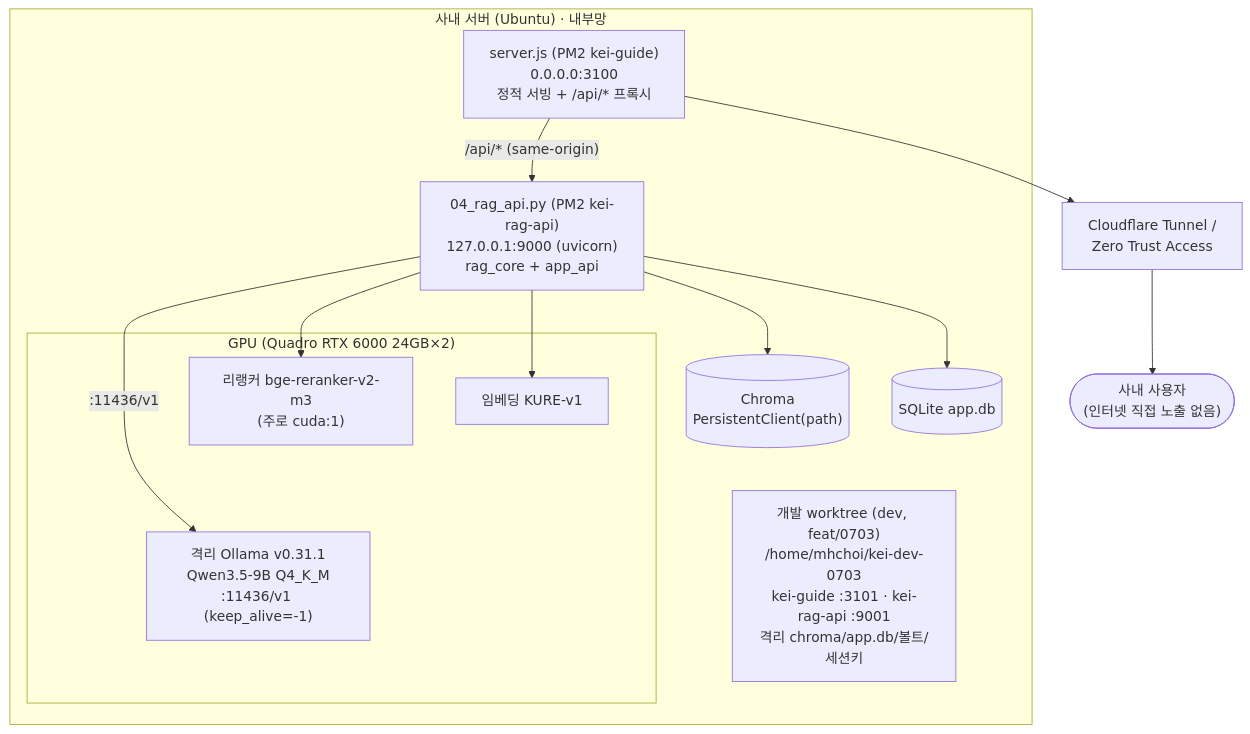
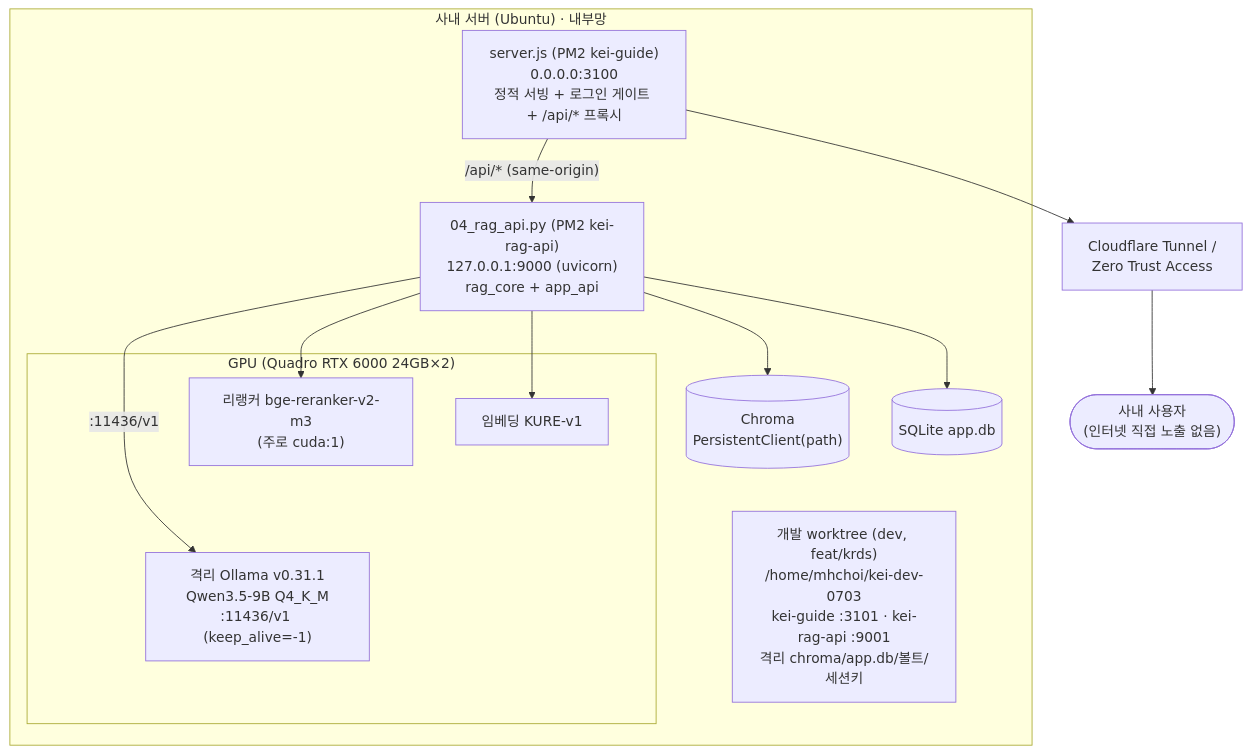
The fourth of 4 diagrams in docs/02-architecture.md (mooner92/KEIAdminSuperv), drawn with Mermaid before and after one commit. The commit also changed other lines of this file and 13 other files, not shown here.

````diff
--- a/docs/02-architecture.md
+++ b/docs/02-architecture.md
@@ -201,27 +201,27 @@
 ```mermaid
 flowchart TB
     subgraph HOST["사내 서버 (Ubuntu) · 내부망"]
         subgraph GPU["GPU (Quadro RTX 6000 24GB×2)"]
             OLLAMA["격리 Ollama v0.31.1<br/>Qwen3.5-9B Q4_K_M<br/>:11436/v1 (keep_alive=-1)"]
             EMB["임베딩 KURE-v1"]
             RERANK["리랭커 bge-reranker-v2-m3<br/>(주로 cuda:1)"]
         end
-        SERVER["server.js (PM2 kei-guide)<br/>0.0.0.0:3100<br/>정적 서빙 + /api/* 프록시"]
+        SERVER["server.js (PM2 kei-guide)<br/>0.0.0.0:3100<br/>정적 서빙 + 로그인 게이트 + /api/* 프록시"]
         RAG["04_rag_api.py (PM2 kei-rag-api)<br/>127.0.0.1:9000 (uvicorn)<br/>rag_core + app_api"]
         CHR[("Chroma<br/>PersistentClient(path)")]
         DB[("SQLite app.db")]
-        DEV["개발 worktree (dev, feat/0703)<br/>/home/mhchoi/kei-dev-0703<br/>kei-guide :3101 · kei-rag-api :9001<br/>격리 chroma/app.db/볼트/세션키"]
+        DEV["개발 worktree (dev, feat/krds)<br/>/home/mhchoi/kei-dev-0703<br/>kei-guide :3101 · kei-rag-api :9001<br/>격리 chroma/app.db/볼트/세션키"]
     end
 
     CFT["Cloudflare Tunnel /<br/>Zero Trust Access"]
 
     SERVER -- "/api/* (same-origin)" --> RAG
     RAG --> EMB
     RAG --> RERANK
     RAG --> CHR
     RAG --> DB
     RAG -- ":11436/v1" --> OLLAMA
     EMB --- GPU
     SERVER --> CFT
     CFT --> NET(["사내 사용자<br/>(인터넷 직접 노출 없음)"])
 ```
````
